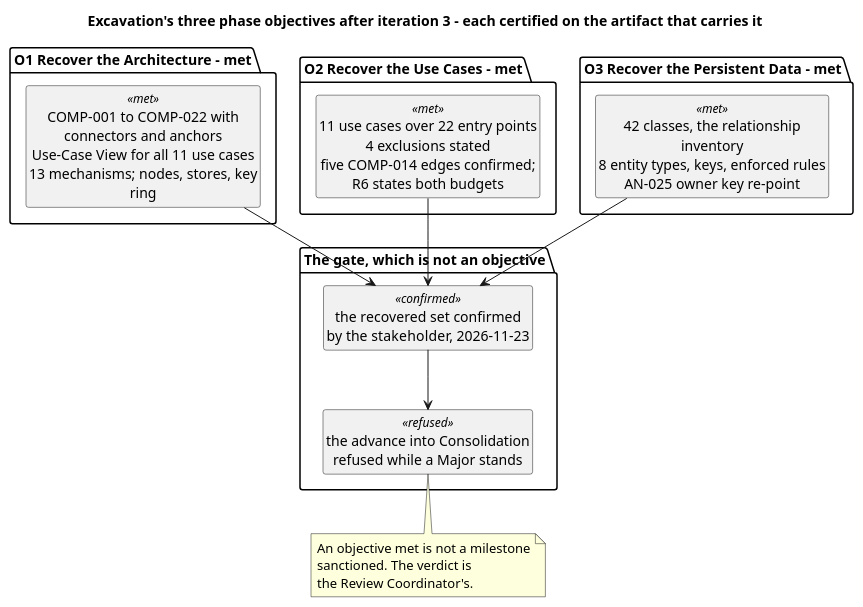
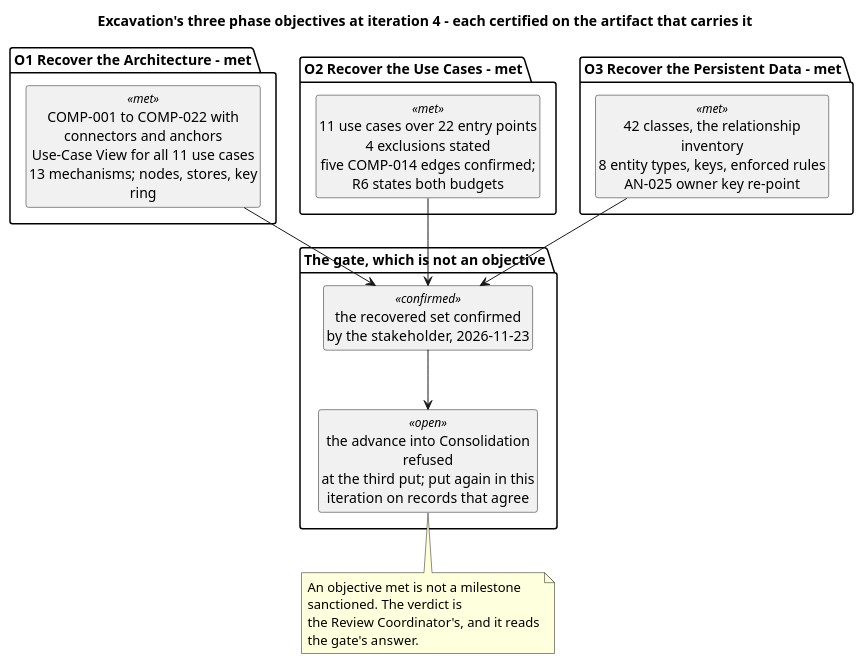
One commit to banense-test/TodoApp changed the first of 6 diagrams in docs/artifacts/project-management/iteration-plan.md. Above: the diagram before and after it, drawn with PlantUML. The commit also changed other lines of this file, not shown here.

First line of the commit message:
Project Manager [Excavation4]: upsert Iteration Plan

````diff
--- a/docs/artifacts/project-management/iteration-plan.md
+++ b/docs/artifacts/project-management/iteration-plan.md
@@ -12,31 +12,31 @@
 ```plantuml
 @startuml
-title Excavation's three phase objectives after iteration 3 - each certified on the artifact that carries it
+title Excavation's three phase objectives at iteration 4 - each certified on the artifact that carries it
 skinparam shadowing false
 skinparam wrapWidth 235
 hide circle
 hide empty members
 
 package "O1 Recover the Architecture - met" {
   class "COMP-001 to COMP-022 with connectors and anchors\nUse-Case View for all 11 use cases\n13 mechanisms; nodes, stores, key ring" as O1 <<met>>
 }
 package "O2 Recover the Use Cases - met" {
   class "11 use cases over 22 entry points\n4 exclusions stated\nfive COMP-014 edges confirmed; R6 states both budgets" as O2 <<met>>
 }
 package "O3 Recover the Persistent Data - met" {
   class "42 classes, the relationship inventory\n8 entity types, keys, enforced rules\nAN-025 owner key re-point" as O3 <<met>>
 }
 package "The gate, which is not an objective" {
   class "the recovered set confirmed\nby the stakeholder, 2026-11-23" as CF <<confirmed>>
-  class "the advance into Consolidation\nrefused while a Major stands" as RF <<refused>>
+  class "the advance into Consolidation refused\nat the third put; put again in this\niteration on records that agree" as RF <<open>>
 }
 O1 --> CF
 O2 --> CF
 O3 --> CF
 CF --> RF
 note bottom of RF
   An objective met is not a milestone sanctioned. The verdict is
-  the Review Coordinator's.
+  the Review Coordinator's, and it reads the gate's answer.
 end note
 @enduml
 ```
````
